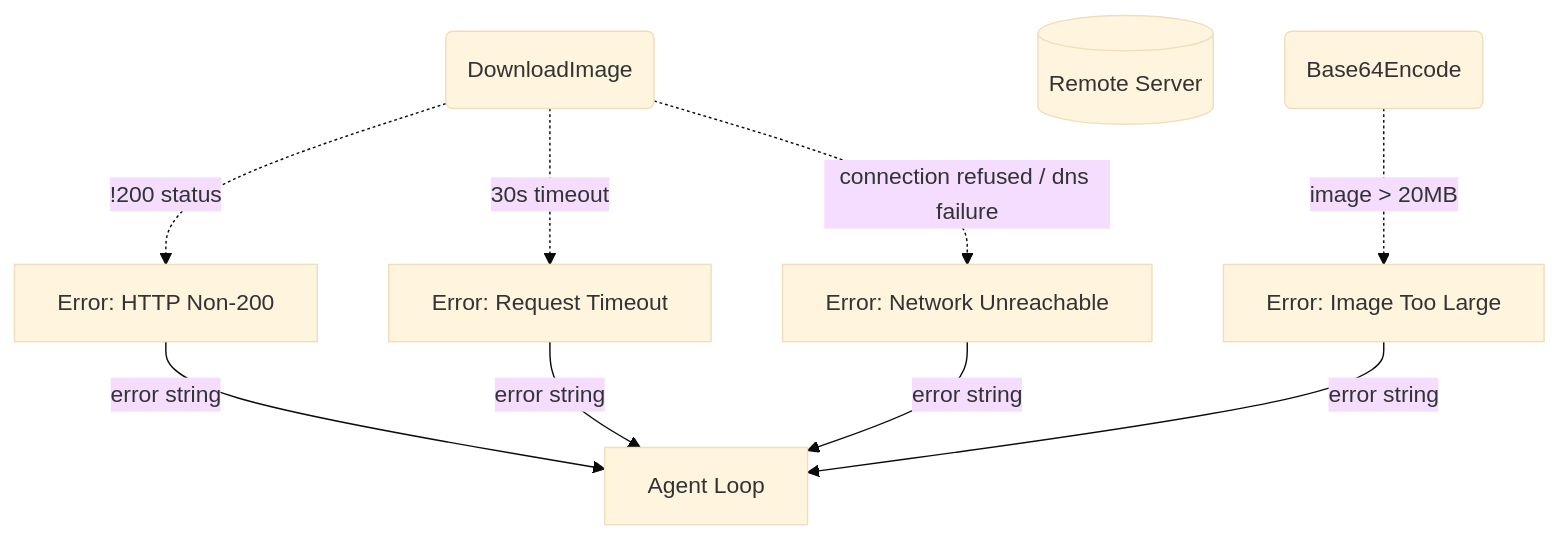
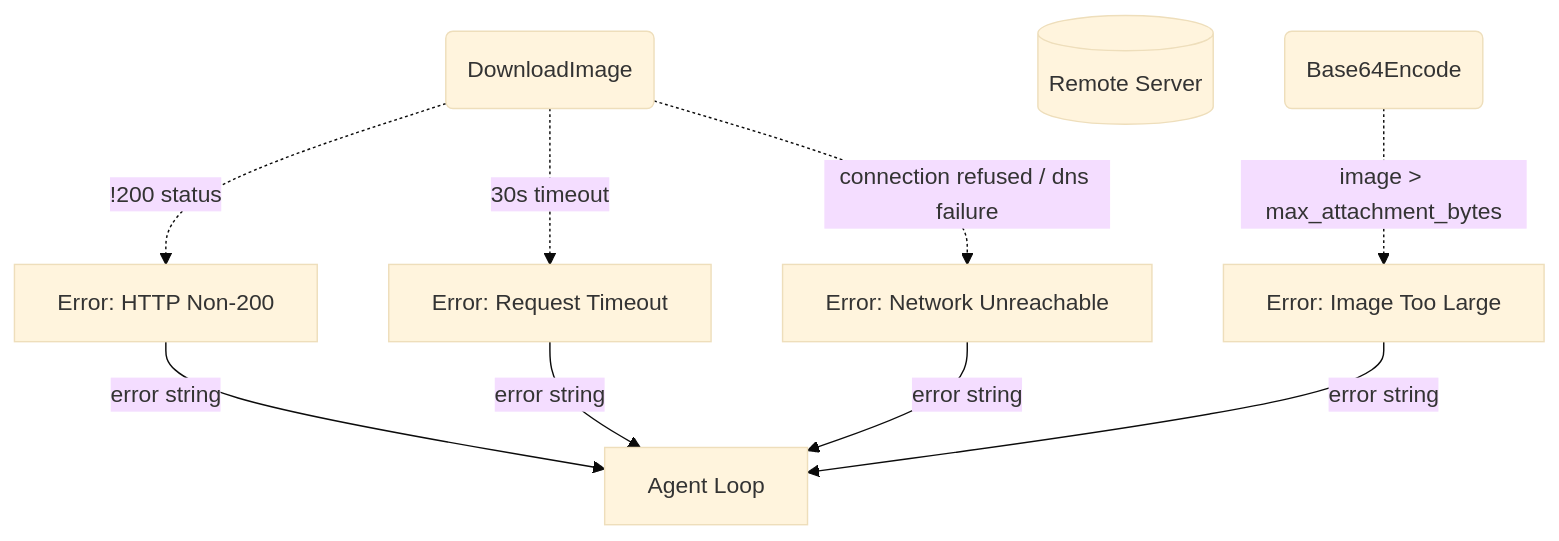
One commit to cosmoswafer/rockbot changed the second of 4 diagrams in _dfds/tools/vision.md. Above: the diagram before and after it, drawn with Mermaid (base theme). The commit also changed other lines of this file and 4 other files, not shown here.

````diff
--- a/_dfds/tools/vision.md
+++ b/_dfds/tools/vision.md
@@ -68,20 +76,20 @@
 ```mermaid
 flowchart TD
     DL(DownloadImage)
     WEB[(Remote Server)]
     ENCODE(Base64Encode)
     ERR_STATUS[Error: HTTP Non-200]
     ERR_TIMEOUT[Error: Request Timeout]
     ERR_NET[Error: Network Unreachable]
     ERR_SIZE[Error: Image Too Large]
     AGENT[Agent Loop]
 
     DL -.->|"!200 status"| ERR_STATUS
     DL -.->|"30s timeout"| ERR_TIMEOUT
     DL -.->|"connection refused / dns failure"| ERR_NET
-    ENCODE -.->|"image > 20MB"| ERR_SIZE
+    ENCODE -.->|"image > max_attachment_bytes"| ERR_SIZE
     ERR_STATUS -->|"error string"| AGENT
     ERR_TIMEOUT -->|"error string"| AGENT
     ERR_NET -->|"error string"| AGENT
     ERR_SIZE -->|"error string"| AGENT
 ```
````
